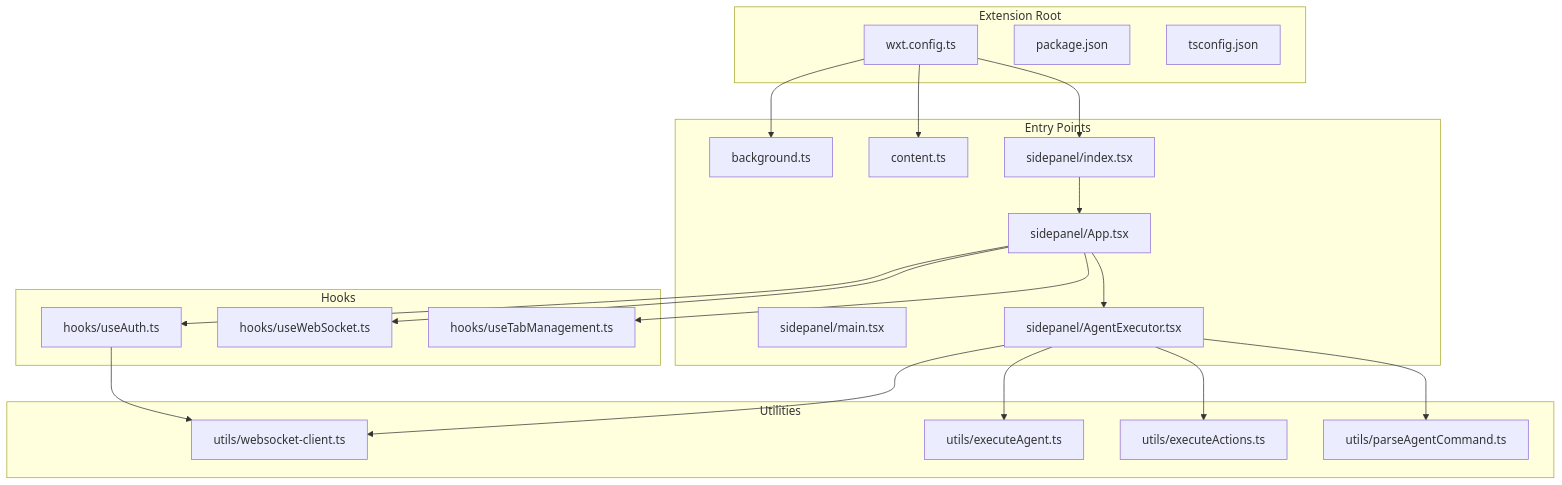
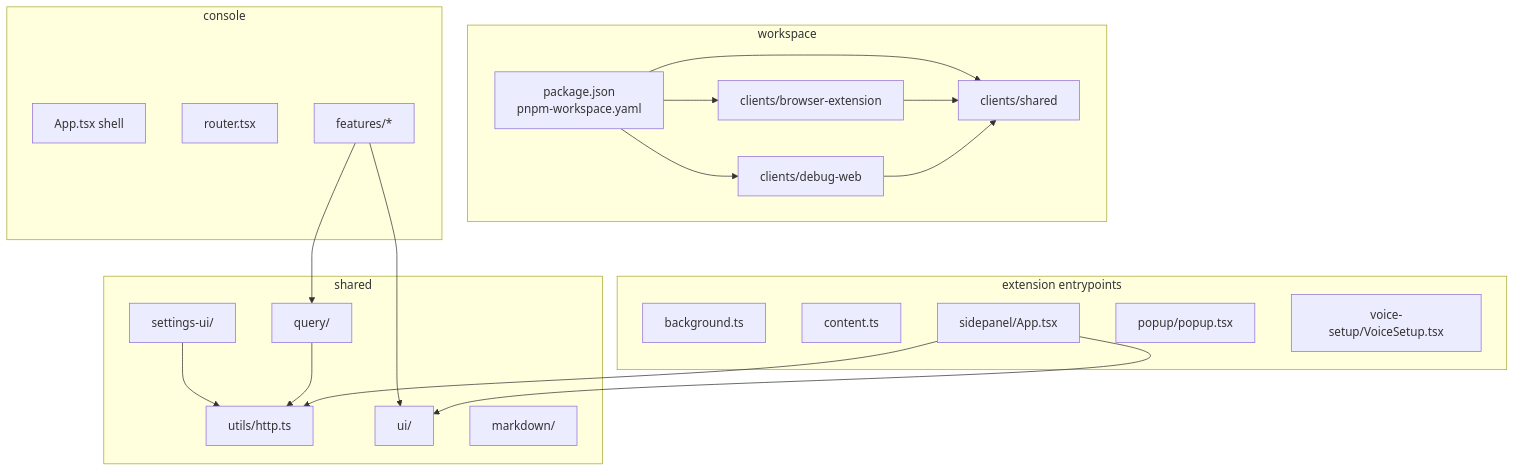
Before and after one commit to tashifkhan/tashif.codes: the first of 6 diagrams in src/data/docs/agentic-browser/System Architecture/Browser Extension Architecture.md, drawn with Mermaid. The commit also changed other lines of this file and 114 other files, not shown here.

````diff
--- a/src/data/docs/agentic-browser/System Architecture/Browser Extension Architecture.md
+++ b/src/data/docs/agentic-browser/System Architecture/Browser Extension Architecture.md
@@ -9,40 +18,39 @@
 ```mermaid
 graph TB
-subgraph "Extension Root"
-CFG["wxt.config.ts"]
-PKG["package.json"]
-TSC["tsconfig.json"]
+subgraph "workspace"
+  ROOT["package.json<br/>pnpm-workspace.yaml"]
+  EXT["clients/browser-extension"]
+  CON["clients/debug-web"]
+  SH["clients/shared"]
 end
-subgraph "Entry Points"
-BG["background.ts"]
-CT["content.ts"]
-SP_IDX["sidepanel/index.tsx"]
-SP_MAIN["sidepanel/main.tsx"]
-APP["sidepanel/App.tsx"]
-AE["sidepanel/AgentExecutor.tsx"]
+subgraph "extension entrypoints"
+  BG["background.ts"]
+  CS["content.ts"]
+  SP["sidepanel/App.tsx"]
+  PU["popup/popup.tsx"]
+  VS["voice-setup/VoiceSetup.tsx"]
 end
-subgraph "Utilities"
-WS_CLIENT["utils/websocket-client.ts"]
-EXEC_AGENT["utils/executeAgent.ts"]
-EXEC_ACTIONS["utils/executeActions.ts"]
-PARSE_CMD["utils/parseAgentCommand.ts"]
+subgraph "console"
+  APP["App.tsx shell"]
+  ROUTER["router.tsx"]
+  FEAT["features/*"]
 end
-subgraph "Hooks"
-AUTH["hooks/useAuth.ts"]
-WS_HOOK["hooks/useWebSocket.ts"]
-TABS["hooks/useTabManagement.ts"]
+subgraph "shared"
+  API["utils/http.ts"]
+  Q["query/"]
+  UI["ui/"]
+  SET["settings-ui/"]
+  MD["markdown/"]
 end
-CFG --> BG
-CFG --> CT
-CFG --> SP_IDX
-SP_IDX --> APP
-APP --> AE
-APP --> AUTH
-APP --> WS_HOOK
-APP --> TABS
-AE --> WS_CLIENT
-AE --> EXEC_AGENT
-AE --> EXEC_ACTIONS
-AE --> PARSE_CMD
-AUTH --> WS_CLIENT
+ROOT --> EXT
+ROOT --> CON
+ROOT --> SH
+EXT --> SH
+CON --> SH
+SP --> UI
+SP --> API
+FEAT --> Q
+FEAT --> UI
+Q --> API
+SET --> API
 ```
````
